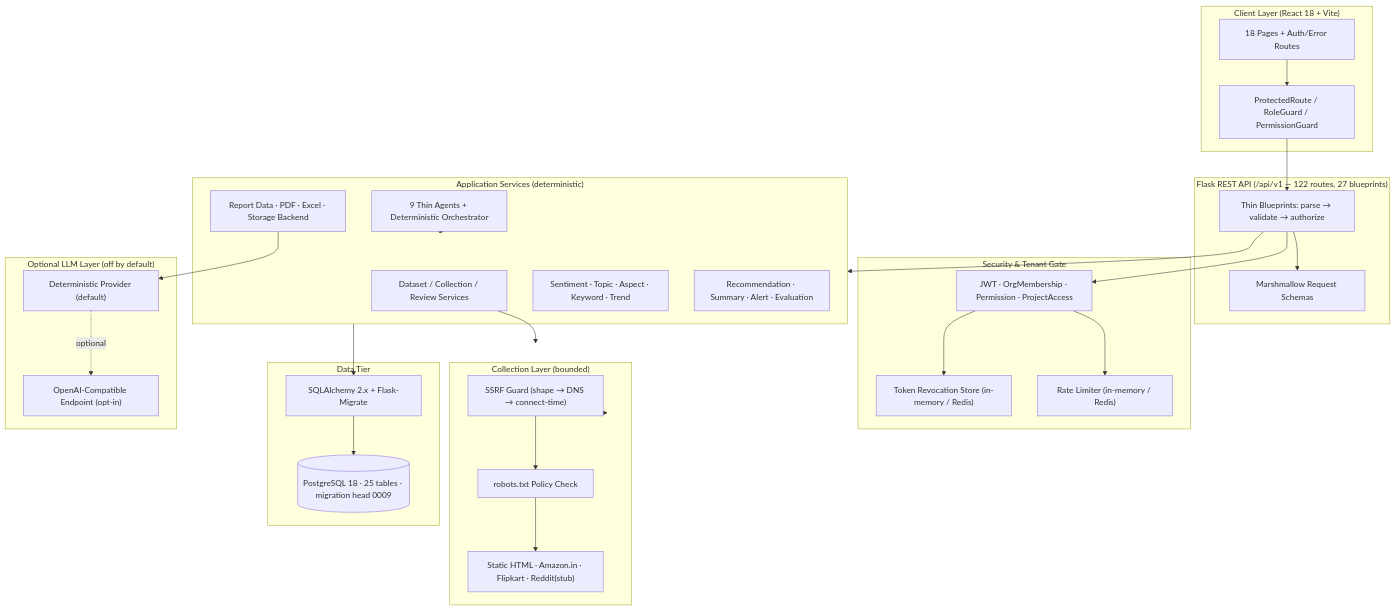
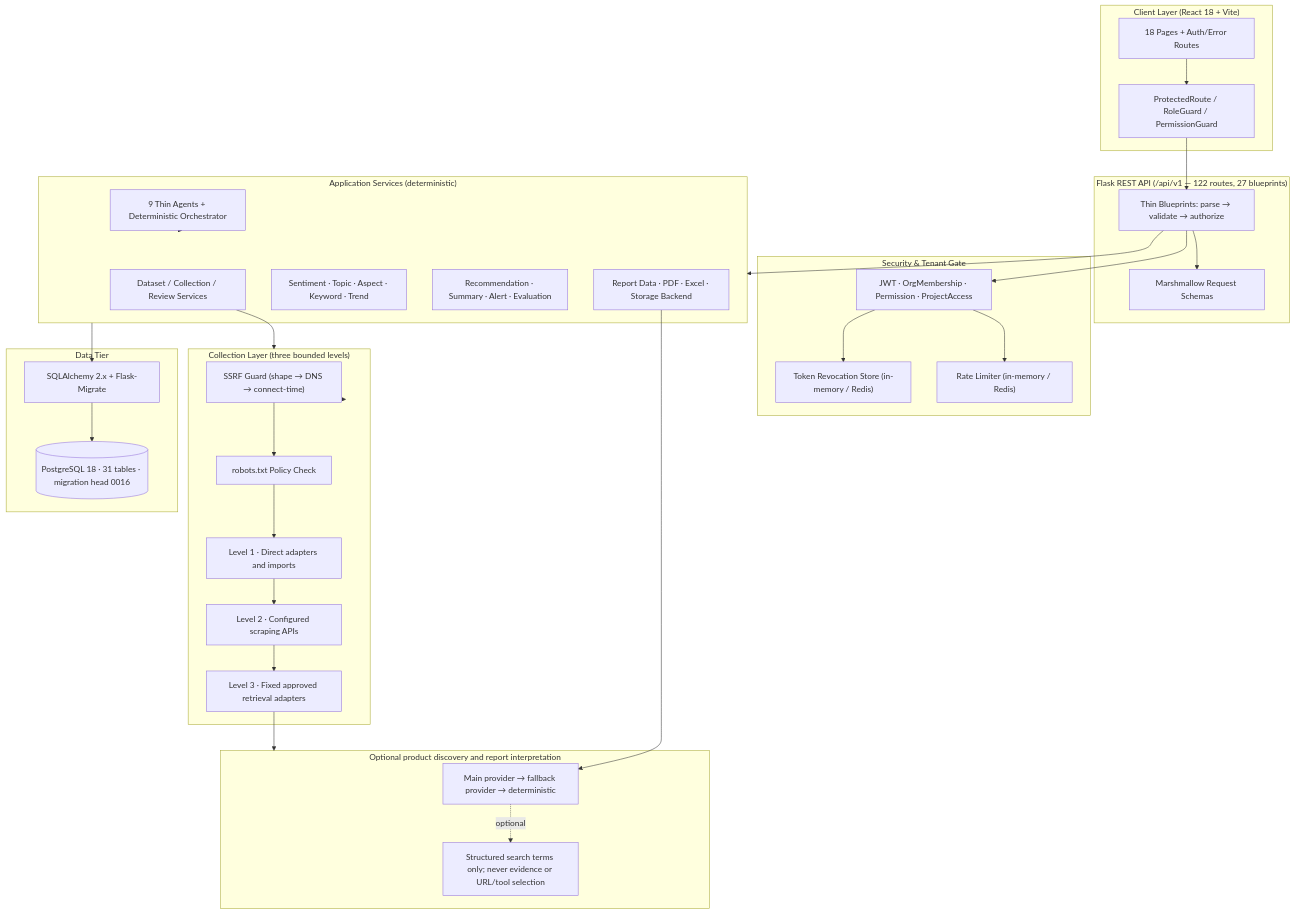
Before and after one commit to PrathamKapoor/Sentiment-Analysis-System-using-Agentic-AI: the diagram in README.md, drawn with Mermaid. The commit also changed other lines of this file and 132 other files, not shown here.

````diff
--- a/README.md
+++ b/README.md
@@ -129,54 +140,58 @@
 ```mermaid
 flowchart TD
     subgraph Client ["Client Layer (React 18 + Vite)"]
         UI["18 Pages + Auth/Error Routes"]
         Guards["ProtectedRoute / RoleGuard / PermissionGuard"]
     end
 
     subgraph API ["Flask REST API (/api/v1 — 122 routes, 27 blueprints)"]
         Routes["Thin Blueprints: parse → validate → authorize"]
         Schemas["Marshmallow Request Schemas"]
     end
 
     subgraph Security ["Security & Tenant Gate"]
         Decor["JWT · OrgMembership · Permission · ProjectAccess"]
         Limiter["Rate Limiter (in-memory / Redis)"]
         Revoke["Token Revocation Store (in-memory / Redis)"]
     end
 
     subgraph Services ["Application Services (deterministic)"]
         Ingest["Dataset / Collection / Review Services"]
         Analysis["Sentiment · Topic · Aspect · Keyword · Trend"]
         Decision["Recommendation · Summary · Alert · Evaluation"]
         Report["Report Data · PDF · Excel · Storage Backend"]
         Agents["9 Thin Agents + Deterministic Orchestrator"]
     end
 
-    subgraph Collect ["Collection Layer (bounded)"]
+    subgraph Collect ["Collection Layer (three bounded levels)"]
         SSRF["SSRF Guard (shape → DNS → connect-time)"]
         Robots["robots.txt Policy Check"]
-        Adapters["Static HTML · Amazon.in · Flipkart · Reddit(stub)"]
+        Adapters["Level 1 · Direct adapters and imports"]
+        ScrapingAPI["Level 2 · Configured scraping APIs"]
+        ApprovedRetrieval["Level 3 · Fixed approved retrieval adapters"]
     end
 
-    subgraph LLM ["Optional LLM Layer (off by default)"]
-        Provider["Deterministic Provider (default)"]
-        Remote["OpenAI-Compatible Endpoint (opt-in)"]
+    subgraph LLM ["Optional product discovery and report interpretation"]
+        Provider["Main provider → fallback provider → deterministic"]
+        Remote["Structured search terms only; never evidence or URL/tool selection"]
     end
 
     subgraph Data ["Data Tier"]
         ORM["SQLAlchemy 2.x + Flask-Migrate"]
-        DB[("PostgreSQL 18 · 25 tables · migration head 0009")]
+        DB[("PostgreSQL 18 · 31 tables · migration head 0016")]
     end
 
     UI --> Guards --> Routes
     Routes --> Schemas
     Routes --> Decor
     Decor --> Limiter & Revoke
     Routes --> Services
     Agents --> Services
     Ingest --> Collect
+    Adapters --> ScrapingAPI --> ApprovedRetrieval
+    ApprovedRetrieval --> LLM
     Collect --> SSRF --> Robots --> Adapters
     Report --> Provider
     Provider -.optional.-> Remote
     Services --> ORM --> DB
 ```
````
